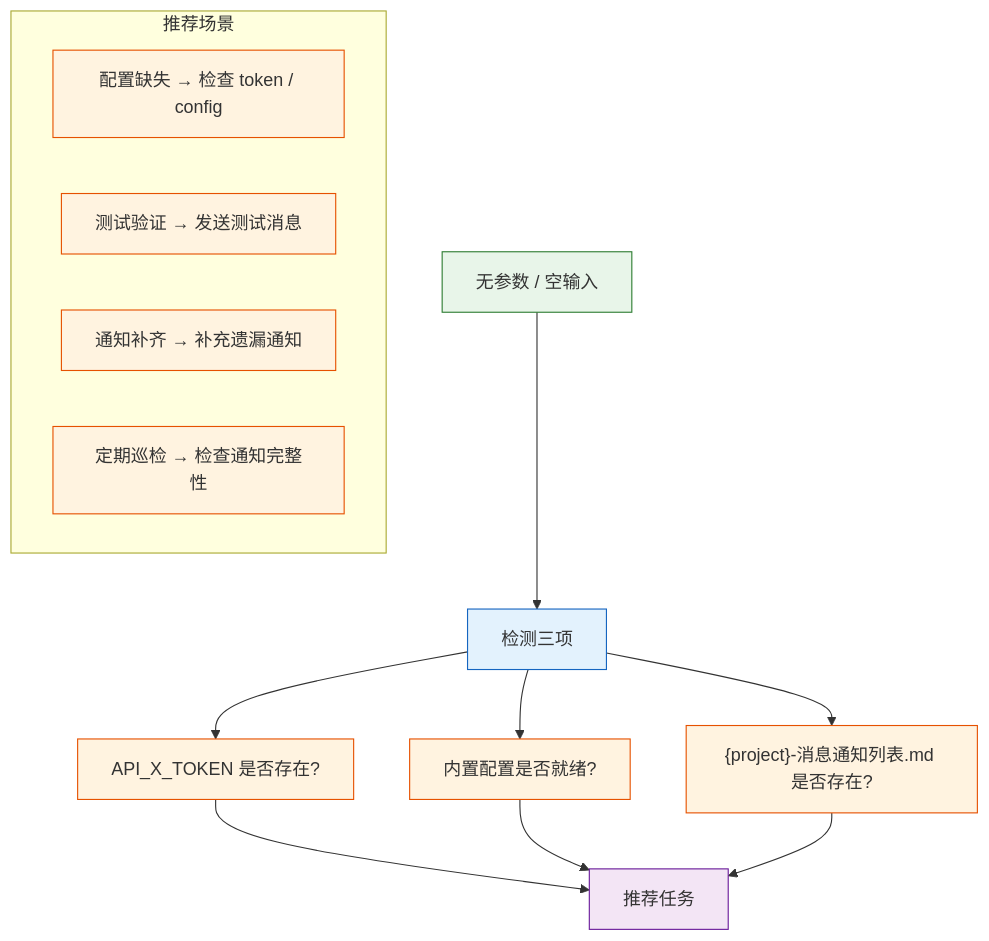
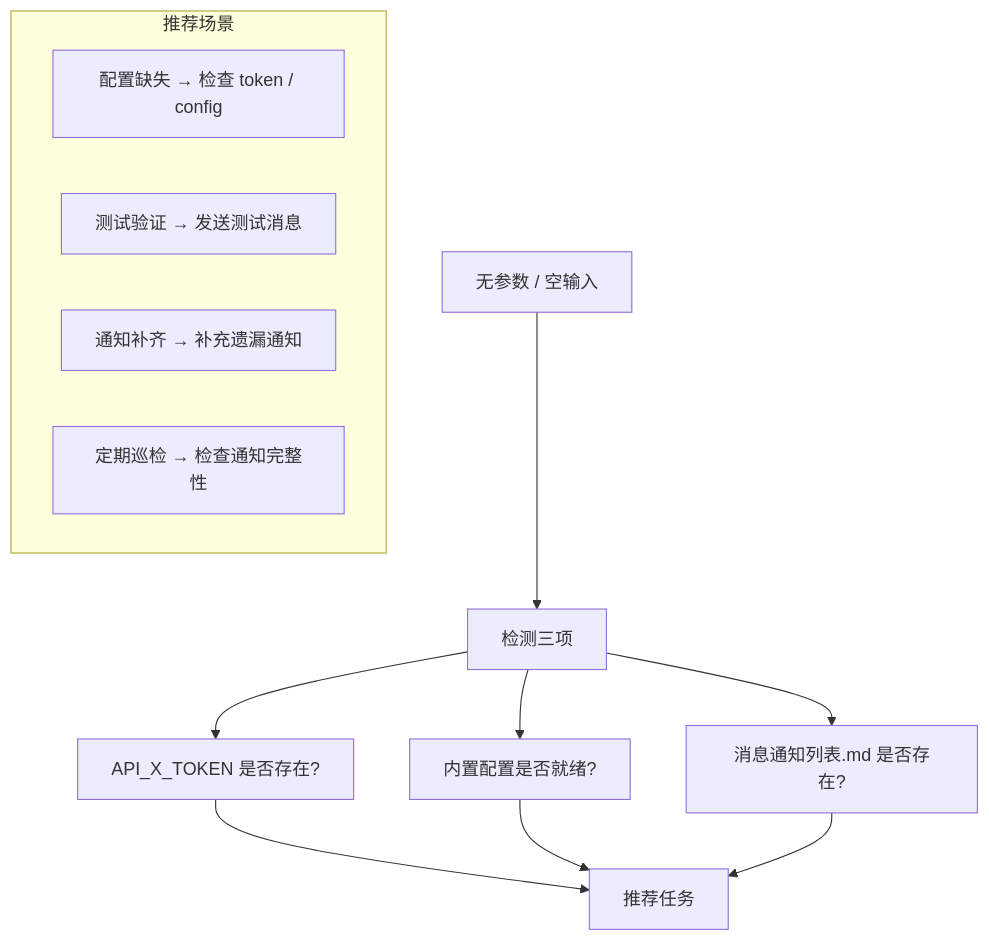
One commit to effiy/YrY changed the tenth of 11 diagrams in skills/rui-bot/SKILL.md. Above: the diagram before and after it, drawn with Mermaid. The commit also changed other lines of this file and 61 other files, not shown here.

````diff
--- a/skills/rui-bot/SKILL.md
+++ b/skills/rui-bot/SKILL.md
@@ -370,22 +340,17 @@
 ```mermaid
 flowchart TD
     EMPTY["无参数 / 空输入"]:::src --> CHECK["检测三项"]:::op
     CHECK --> T1["API_X_TOKEN 是否存在?"]:::check
     CHECK --> T2["内置配置是否就绪?"]:::check
-    CHECK --> T3["{project}-消息通知列表.md 是否存在?"]:::check
+    CHECK --> T3["消息通知列表.md 是否存在?"]:::check
 
     T1 & T2 & T3 --> RECOMMEND["推荐任务"]:::out
 
     subgraph 推荐["推荐场景"]
         R1["配置缺失 → 检查 token / config"]:::rec
         R2["测试验证 → 发送测试消息"]:::rec
         R3["通知补齐 → 补充遗漏通知"]:::rec
         R4["定期巡检 → 检查通知完整性"]:::rec
     end
 
-    classDef src fill:#e8f5e9,stroke:#2e7d32;
-    classDef op fill:#e3f2fd,stroke:#1565c0;
-    classDef check fill:#fff3e0,stroke:#e65100;
-    classDef out fill:#f3e5f5,stroke:#6a1b9a;
-    classDef rec fill:#fff3e0,stroke:#e65100;
 ```
````
